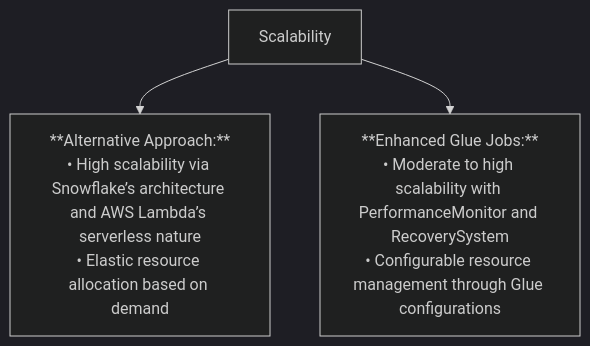
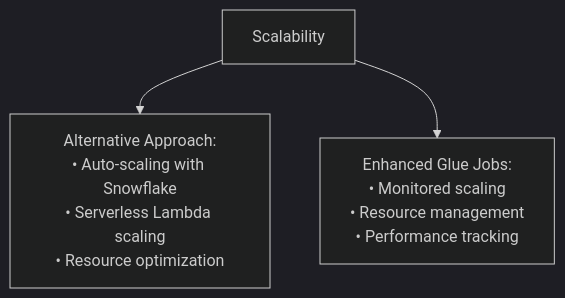
The seventh of 17 diagrams in mermaid.md (veronelazio/wezterm), drawn with Mermaid (dark theme) before and after one commit. The commit also changed other lines of this file, not shown here.

````diff
--- a/mermaid.md
+++ b/mermaid.md
@@ -104,8 +82,5 @@
-``` mermaid
+```mermaid
 flowchart TD
-    %% Scalability
-    E1["Scalability"]
-    E1 --> E2["**Alternative Approach:**<br>• High scalability via Snowflake’s architecture and AWS Lambda’s serverless nature<br>• Elastic resource allocation based on demand"]
-    E1 --> E3["**Enhanced Glue Jobs:**<br>• Moderate to high scalability with PerformanceMonitor and RecoverySystem<br>• Configurable resource management through Glue configurations"]
-
+    E1["Scalability"] --> E2["Alternative Approach:<br/>• Auto-scaling with Snowflake<br/>• Serverless Lambda scaling<br/>• Resource optimization"]
+    E1 --> E3["Enhanced Glue Jobs:<br/>• Monitored scaling<br/>• Resource management<br/>• Performance tracking"]
 ```
````
